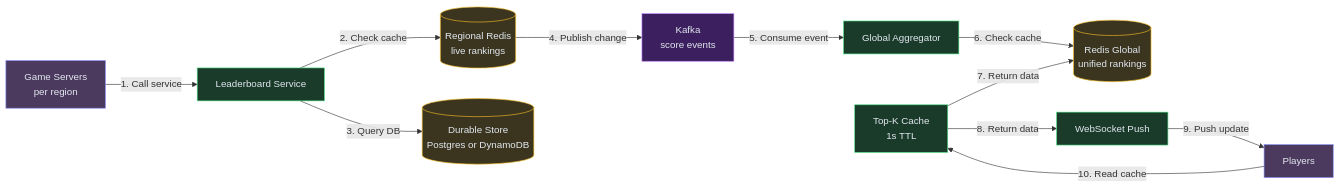
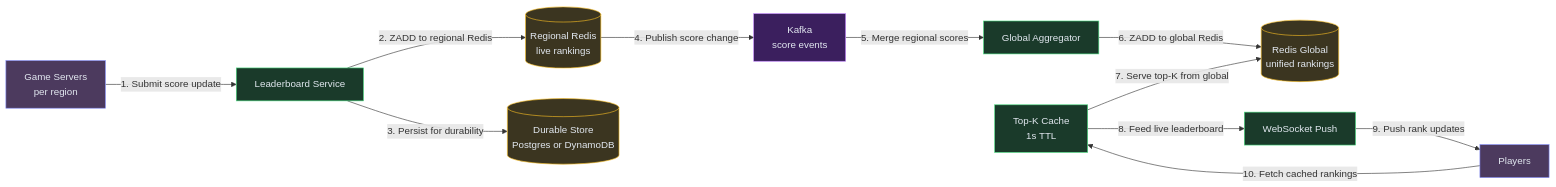
Before and after one commit to iluzn/HLD-Designs: the seventh of 7 diagrams in content/hld/Leaderboard.md, drawn with Mermaid. The commit also changed other lines of this file and 27 other files, not shown here.

````diff
--- a/content/hld/Leaderboard.md
+++ b/content/hld/Leaderboard.md
@@ -405,29 +405,29 @@
 ```mermaid
 flowchart LR
     GAME["Game Servers<br/>per region"]:::client
     API["Leaderboard Service"]:::service
     R1[("Regional Redis<br/>live rankings")]:::data
     DB[("Durable Store<br/>Postgres or DynamoDB")]:::data
     K["Kafka<br/>score events"]:::async
     AGG["Global Aggregator"]:::service
     RG[("Redis Global<br/>unified rankings")]:::data
     CACHE["Top-K Cache<br/>1s TTL"]:::service
     WS["WebSocket Push"]:::service
     USER["Players"]:::client
 
-    GAME -->|"1. Call service"| API
-    API -->|"2. Check cache"| R1
-    API -->|"3. Query DB"| DB
-    R1 -->|"4. Publish change"| K
-    K -->|"5. Consume event"| AGG
-    AGG -->|"6. Check cache"| RG
-    CACHE -->|"7. Return data"| RG
-    CACHE -->|"8. Return data"| WS
-    WS -->|"9. Push update"| USER
-    USER -->|"10. Read cache"| CACHE
+    GAME -->|"1. Submit score update"| API
+    API -->|"2. ZADD to regional Redis"| R1
+    API -->|"3. Persist for durability"| DB
+    R1 -->|"4. Publish score change"| K
+    K -->|"5. Merge regional scores"| AGG
+    AGG -->|"6. ZADD to global Redis"| RG
+    CACHE -->|"7. Serve top-K from global"| RG
+    CACHE -->|"8. Feed live leaderboard"| WS
+    WS -->|"9. Push rank updates"| USER
+    USER -->|"10. Fetch cached rankings"| CACHE
 
     classDef client fill:#4c3a5e,stroke:#818cf8,color:#e2e8f0
     classDef service fill:#1a3a2a,stroke:#4ade80,color:#e2e8f0
     classDef data fill:#3b3520,stroke:#fbbf24,color:#e2e8f0
     classDef async fill:#3b1f5e,stroke:#c084fc,color:#e2e8f0
 ```
````
